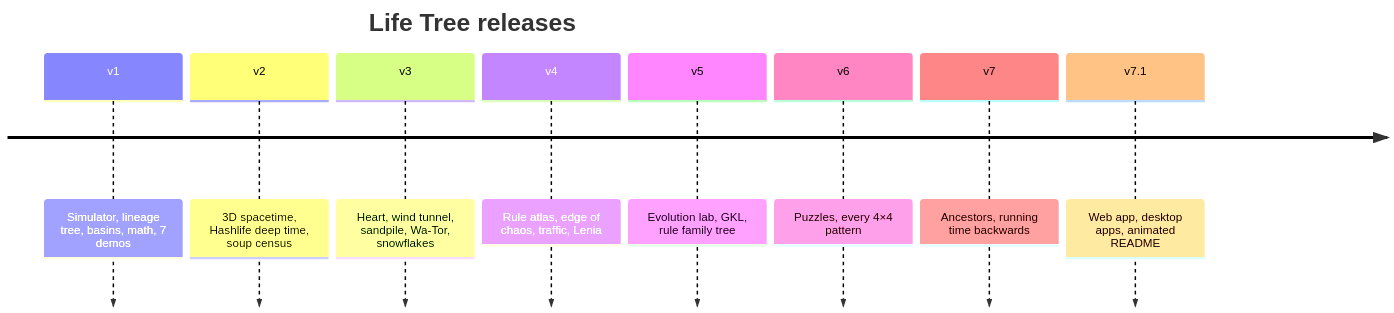
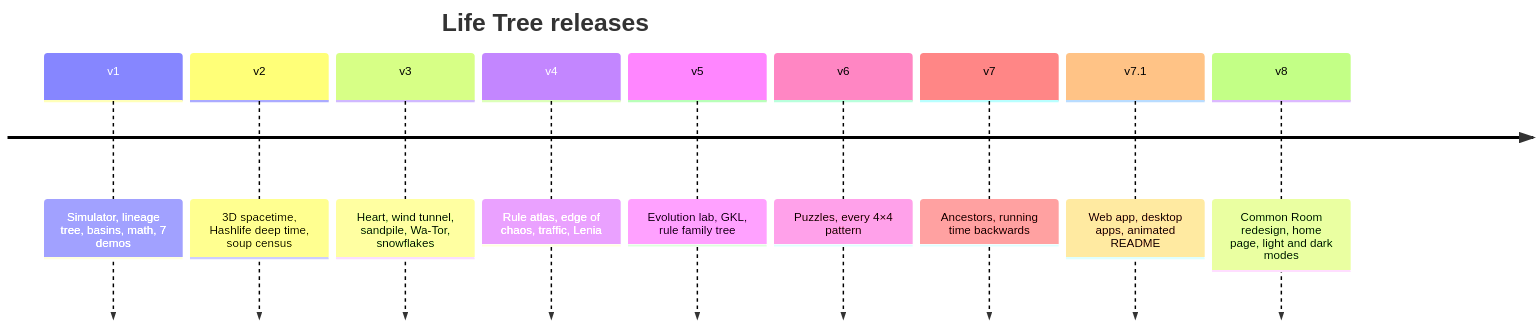
Before and after one commit to Normansrule/game-of-life: the second of 4 diagrams in README.md, drawn with Mermaid. The commit also changed other lines of this file and 76 other files, not shown here.

First line of the commit message:
Common Room redesign: the app and website as a Go board

````diff
--- a/README.md
+++ b/README.md
@@ -59,12 +76,13 @@
 ```mermaid
 timeline
   title Life Tree releases
   v1 : Simulator, lineage tree, basins, math, 7 demos
   v2 : 3D spacetime, Hashlife deep time, soup census
   v3 : Heart, wind tunnel, sandpile, Wa-Tor, snowflakes
   v4 : Rule atlas, edge of chaos, traffic, Lenia
   v5 : Evolution lab, GKL, rule family tree
   v6 : Puzzles, every 4×4 pattern
   v7 : Ancestors, running time backwards
   v7.1 : Web app, desktop apps, animated README
+  v8 : Common Room redesign, home page, light and dark modes
 ```
````
